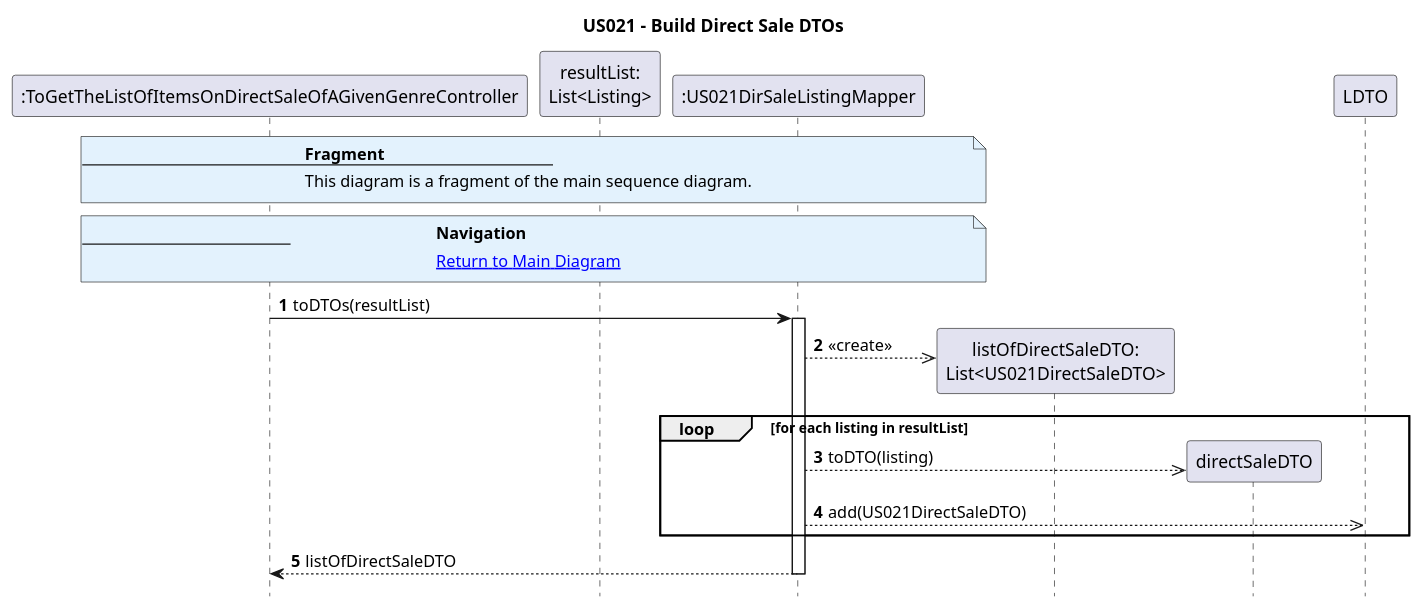
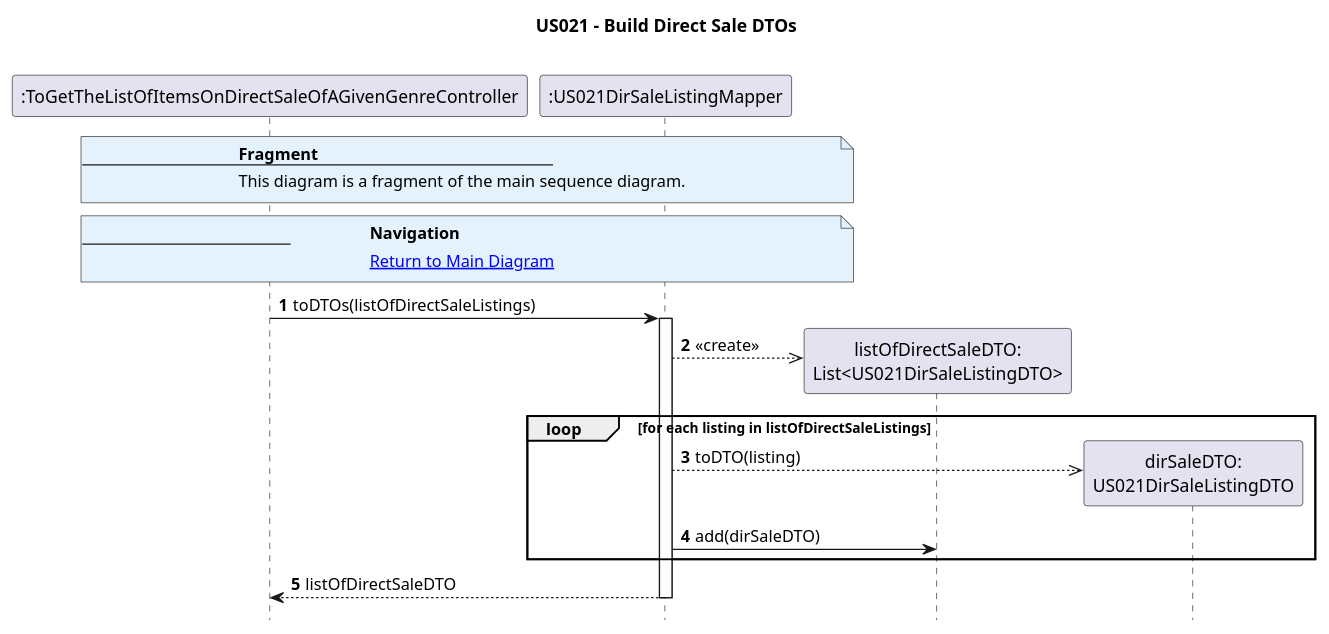
The diagram in Diagrams/SequenceDiagrams/N2/US021-to-get-the-list-of-items-on-direct-sale-of-a-given-genre/4.BuildDirectSaleDTOs.puml (AndrePereiraGitH/SWitCH-Project-Team_A), drawn with PlantUML before and after one commit. The commit also changed 6 other files, not shown here.

Commit message:
Working on #544: update all US021 diagrams to reflect new architecture

```diff
--- a/Diagrams/SequenceDiagrams/N2/US021-to-get-the-list-of-items-on-direct-sale-of-a-given-genre/4.BuildDirectSaleDTOs.puml
+++ b/Diagrams/SequenceDiagrams/N2/US021-to-get-the-list-of-items-on-direct-sale-of-a-given-genre/4.BuildDirectSaleDTOs.puml
@@ -1,36 +1,35 @@
 @startuml
 hide footbox
 autonumber
 title US021 - Build Direct Sale DTOs
 
 participant ":ToGetTheListOfItemsOnDirectSaleOfAGivenGenreController" as Ctrl
-participant "resultList:\nList<Listing>" as ResultList
-participant ":US021DirSaleListingMapper" as mapper
-participant "listOfDirectSaleDTO:\nList<US021DirectSaleDTO>" as listOfDirectSaleDTO
+participant ":US021DirSaleListingMapper" as Mapper
+participant "listOfDirectSaleDTO:\nList<US021DirSaleListingDTO>" as LDTO
 
-note over Ctrl, mapper #E3F2FD
+note over Ctrl, Mapper #E3F2FD
 <b>Fragment</b>
 ---
 This diagram is a fragment of the main sequence diagram.
 end note
 
-note over Ctrl, mapper #E3F2FD
+note over Ctrl, Mapper #E3F2FD
 <b>Navigation</b>
 ---
 [[1.MainDiagram.puml Return to Main Diagram]]
 end note
 
-Ctrl -> mapper : toDTOs(resultList)
-activate mapper
+Ctrl -> Mapper : toDTOs(listOfDirectSaleListings)
+activate Mapper
 
-mapper -->> listOfDirectSaleDTO ** : <<create>>
+Mapper -->> LDTO ** : «create»
 
-loop for each listing in resultList
-    mapper -->> directSaleDTO ** : toDTO(listing)
-    mapper -->> LDTO : add(US021DirectSaleDTO)
+loop for each listing in listOfDirectSaleListings
+    Mapper -->> "dirSaleDTO:\nUS021DirSaleListingDTO" ** : toDTO(listing)
+    Mapper -> LDTO : add(dirSaleDTO)
 end
 
-mapper --> Ctrl : listOfDirectSaleDTO
-deactivate mapper
+Mapper --> Ctrl : listOfDirectSaleDTO
+deactivate Mapper
 
 @enduml
```
